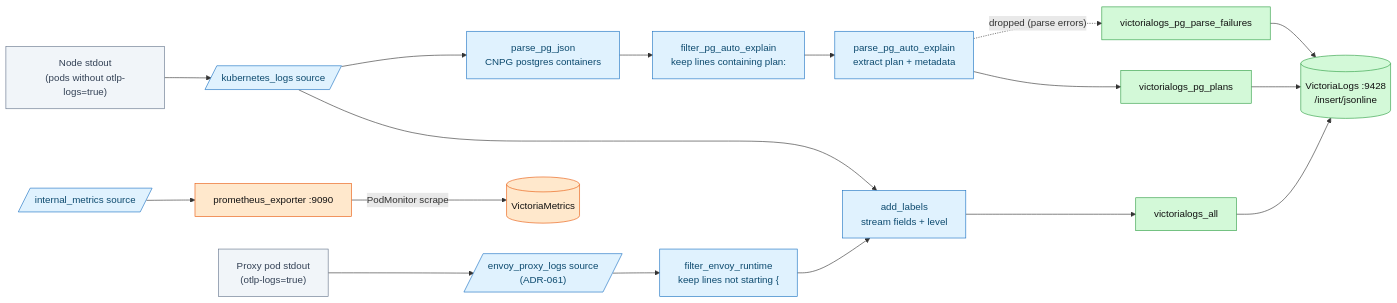
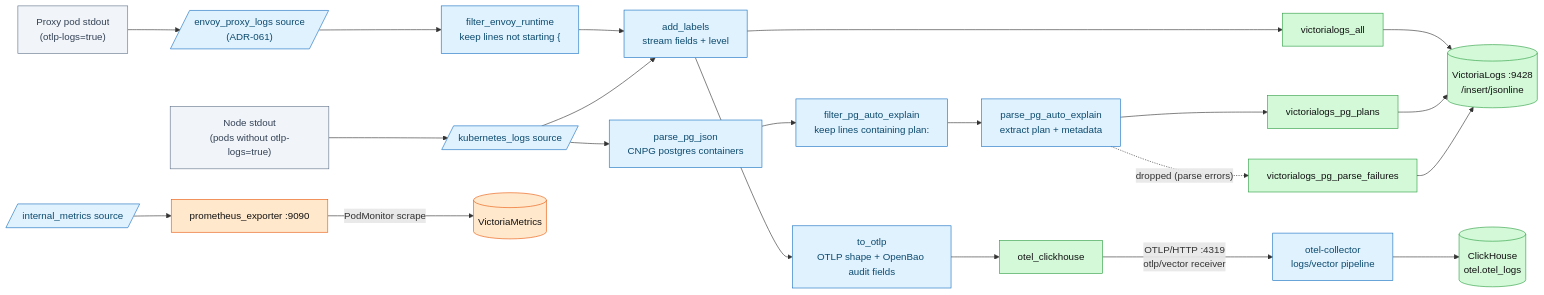
The first of 2 diagrams in docs/observability/logging/vector.md (duynhlab/homelab), drawn with Mermaid before and after one commit. The commit also changed other lines of this file and 8 other files, not shown here.

First line of the commit message:
feat(observability): pod logs to ClickHouse; OpenBao audit + telemetry

````diff
--- a/docs/observability/logging/vector.md
+++ b/docs/observability/logging/vector.md
@@ -53,24 +54,26 @@
 ```mermaid
 flowchart LR
     K8S["Node stdout<br/>(pods without otlp-logs=true)"] --> SRC[/"kubernetes_logs source"/]
     EGP["Proxy pod stdout<br/>(otlp-logs=true)"] --> ESRC[/"envoy_proxy_logs source<br/>(ADR-061)"/]
     ESRC --> ERT["filter_envoy_runtime<br/>keep lines not starting {"]
     ERT --> AL
     SRC --> AL["add_labels<br/>stream fields + level"]
     SRC --> PJ["parse_pg_json<br/>CNPG postgres containers"]
     PJ --> FAE["filter_pg_auto_explain<br/>keep lines containing plan:"]
     FAE --> PAE["parse_pg_auto_explain<br/>extract plan + metadata"]
     AL --> ALL["victorialogs_all"]
+    AL --> TO["to_otlp<br/>OTLP shape + OpenBao audit fields"]
+    TO --> OC["otel_clickhouse"] -->|"OTLP/HTTP :4319<br/>otlp/vector receiver"| COL["otel-collector<br/>logs/vector pipeline"] --> CH[("ClickHouse<br/>otel.otel_logs")]
     PAE --> PLANS["victorialogs_pg_plans"]
     PAE -. "dropped (parse errors)" .-> FAILS["victorialogs_pg_parse_failures"]
     ALL & PLANS & FAILS --> VL[("VictoriaLogs :9428<br/>/insert/jsonline")]
     IM[/"internal_metrics source"/] --> PE["prometheus_exporter :9090"] -->|"PodMonitor scrape"| VM[("VictoriaMetrics")]
     classDef external fill:#f1f5f9,color:#334155,stroke:#64748b;
     classDef collector fill:#e0f2fe,color:#0c4a6e,stroke:#1971c2;
     classDef log fill:#d3f9d8,color:#111,stroke:#2f9e44;
     classDef metric fill:#ffe8cc,color:#111,stroke:#e8590c;
     class K8S,EGP external;
-    class SRC,ESRC,ERT,AL,PJ,FAE,PAE,IM collector;
-    class ALL,PLANS,FAILS,VL log;
+    class SRC,ESRC,ERT,AL,PJ,FAE,PAE,IM,TO,COL collector;
+    class ALL,PLANS,FAILS,VL,OC,CH log;
     class PE,VM metric;
 ```
````
